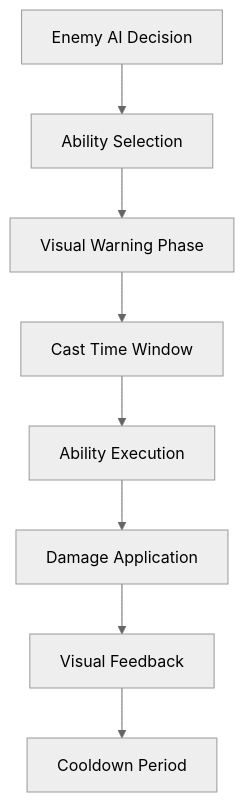
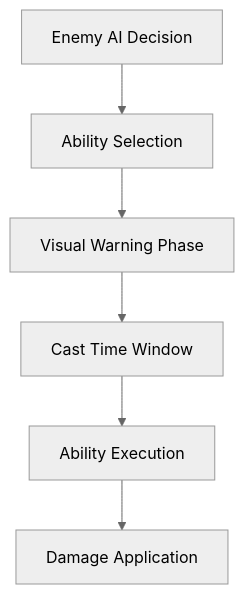
One commit to aarkan1313/againwizard changed the first of 2 diagrams in guiding light/part-3-combat-spell-systems/combat-mechanics.md. Above: the diagram before and after it, drawn with Mermaid (neutral theme). The commit also changed other lines of this file and 7 other files, not shown here.

````diff
--- a/guiding light/part-3-combat-spell-systems/combat-mechanics.md
+++ b/guiding light/part-3-combat-spell-systems/combat-mechanics.md
@@ -43,10 +108,8 @@
 ```mermaid
 graph TD
     A[Enemy AI Decision] --> B[Ability Selection]
     B --> C[Visual Warning Phase]
-    C --> D[Cast Time Window]
+    C --> D[Cast Time Window]  
     D --> E[Ability Execution]
     E --> F[Damage Application]
-    F --> G[Visual Feedback]
-    G --> H[Cooldown Period]
 ```
````
